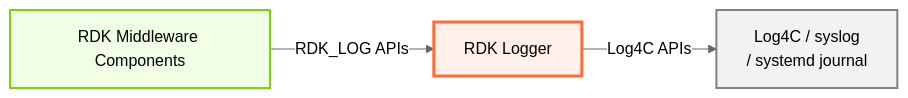
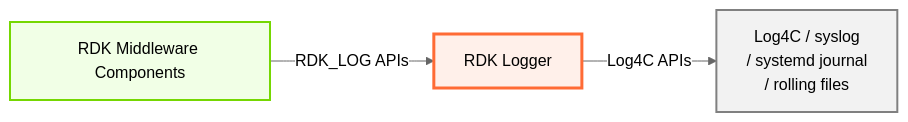
The first of 8 diagrams in docs/README.md (rdkcentral/rdk_logger), drawn with Mermaid (neutral theme) before and after one commit. The commit also changed other lines of this file, not shown here.

````diff
--- a/docs/README.md
+++ b/docs/README.md
@@ -9,19 +9,19 @@
 ```mermaid
 flowchart LR
 
 %% Styles
 classDef RDKMW stroke:#75D701,fill:#F1FFE6,stroke-width:2px
 classDef Logger stroke:#FF6B35,fill:#FFF0EA,stroke-width:3px
 classDef VL stroke:#808080,fill:#F2F2F2,stroke-width:2px
 
 RDKMW["RDK Middleware Components"]
 RDKLogger["RDK Logger"]
-SysLog["Log4C / syslog\n/ systemd journal"]
+SysLog["Log4C / syslog\n/ systemd journal\n/ rolling files"]
 
 RDKMW -->|RDK_LOG APIs| RDKLogger
 RDKLogger -->|Log4C APIs| SysLog
 
 class RDKMW RDKMW
 class RDKLogger Logger
 class SysLog VL
 ```
````
